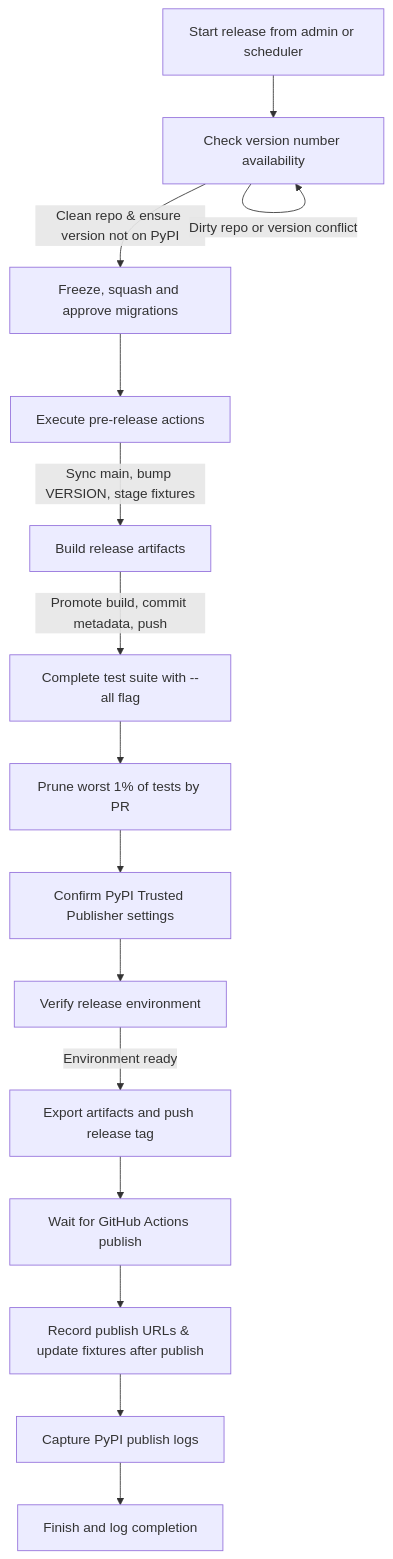
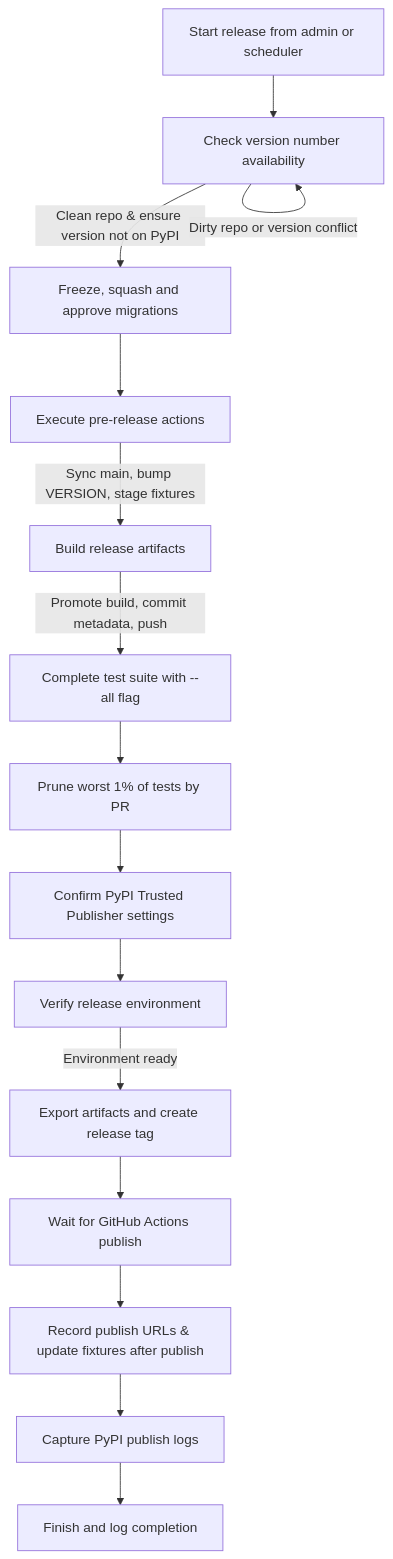
The diagram in docs/development/package-release-process.md (arthexis/arthexis), drawn with Mermaid before and after one commit. The commit also changed other lines of this file and 5 other files, not shown here.

Commit message:
release: harden automatic tag publishing

````diff
--- a/docs/development/package-release-process.md
+++ b/docs/development/package-release-process.md
@@ -5,17 +5,17 @@
 ```mermaid
 flowchart TD
     A[Start release from admin or scheduler] --> B[Check version number availability]
     B -->|Clean repo & ensure version not on PyPI| C[Freeze, squash and approve migrations]
     C --> D[Execute pre-release actions]
     D -->|Sync main, bump VERSION, stage fixtures| E[Build release artifacts]
     E -->|Promote build, commit metadata, push| F[Complete test suite with --all flag]
     F --> P[Prune worst 1% of tests by PR]
     P --> TP[Confirm PyPI Trusted Publisher settings]
     TP --> G[Verify release environment]
-    G -->|Environment ready| H[Export artifacts and push release tag]
+    G -->|Environment ready| H[Export artifacts and create release tag]
     H --> I[Wait for GitHub Actions publish]
     I --> J[Record publish URLs & update fixtures after publish]
     J --> K[Capture PyPI publish logs]
     K --> L[Finish and log completion]
     B -->|Dirty repo or version conflict| B
 ```
````
